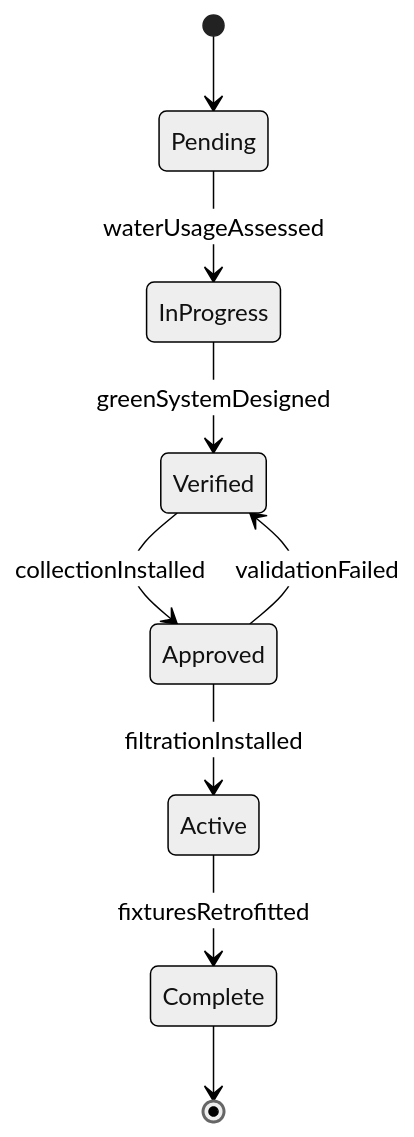
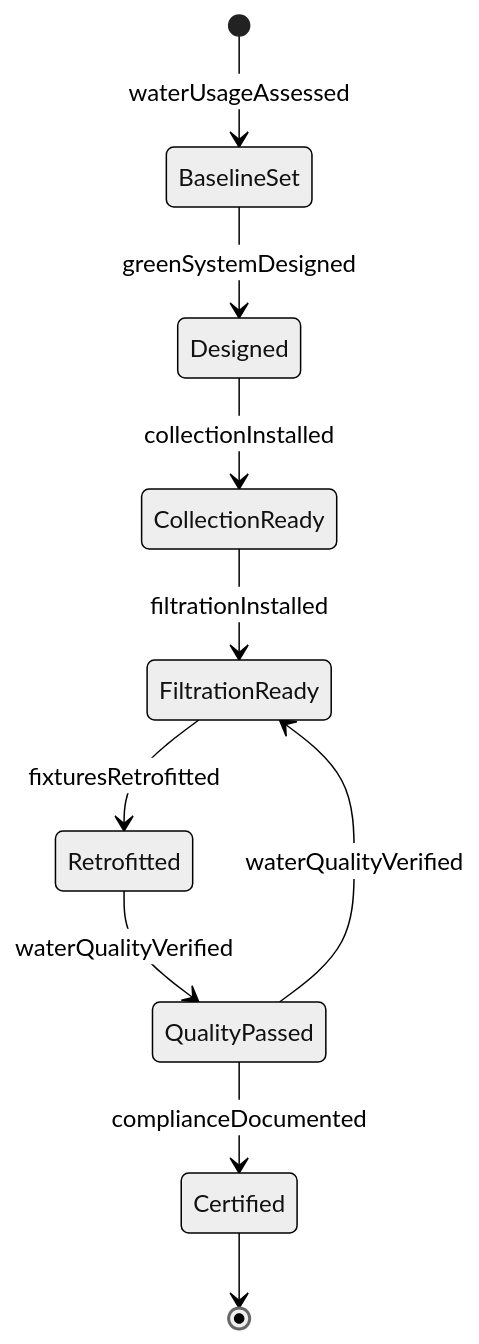
Before and after one commit to dot-org-ai/tasks.org.ai: the second of 4 diagrams in HandlingAndMovingObjects/InstallPlumbingOrPipingEquipmentOrSystems/InstallGreenPlumbingWaterHandling.mdx, drawn with Mermaid (neutral theme). The commit also changed other lines of this file and 515 other files, not shown here.

````diff
--- a/HandlingAndMovingObjects/InstallPlumbingOrPipingEquipmentOrSystems/InstallGreenPlumbingWaterHandling.mdx
+++ b/HandlingAndMovingObjects/InstallPlumbingOrPipingEquipmentOrSystems/InstallGreenPlumbingWaterHandling.mdx
@@ -98,11 +99,12 @@
 ```mermaid
 stateDiagram-v2
-    [*] --> Pending
-    Pending --> InProgress : waterUsageAssessed
-    InProgress --> Verified : greenSystemDesigned
-    Verified --> Approved : collectionInstalled
-    Approved --> Active : filtrationInstalled
-    Active --> Complete : fixturesRetrofitted
-    Approved --> Verified : validationFailed
-    Complete --> [*]
+    [*] --> BaselineSet : waterUsageAssessed
+    BaselineSet --> Designed : greenSystemDesigned
+    Designed --> CollectionReady : collectionInstalled
+    CollectionReady --> FiltrationReady : filtrationInstalled
+    FiltrationReady --> Retrofitted : fixturesRetrofitted
+    Retrofitted --> QualityPassed : waterQualityVerified
+    QualityPassed --> FiltrationReady : waterQualityVerified
+    QualityPassed --> Certified : complianceDocumented
+    Certified --> [*]
 ```
````
